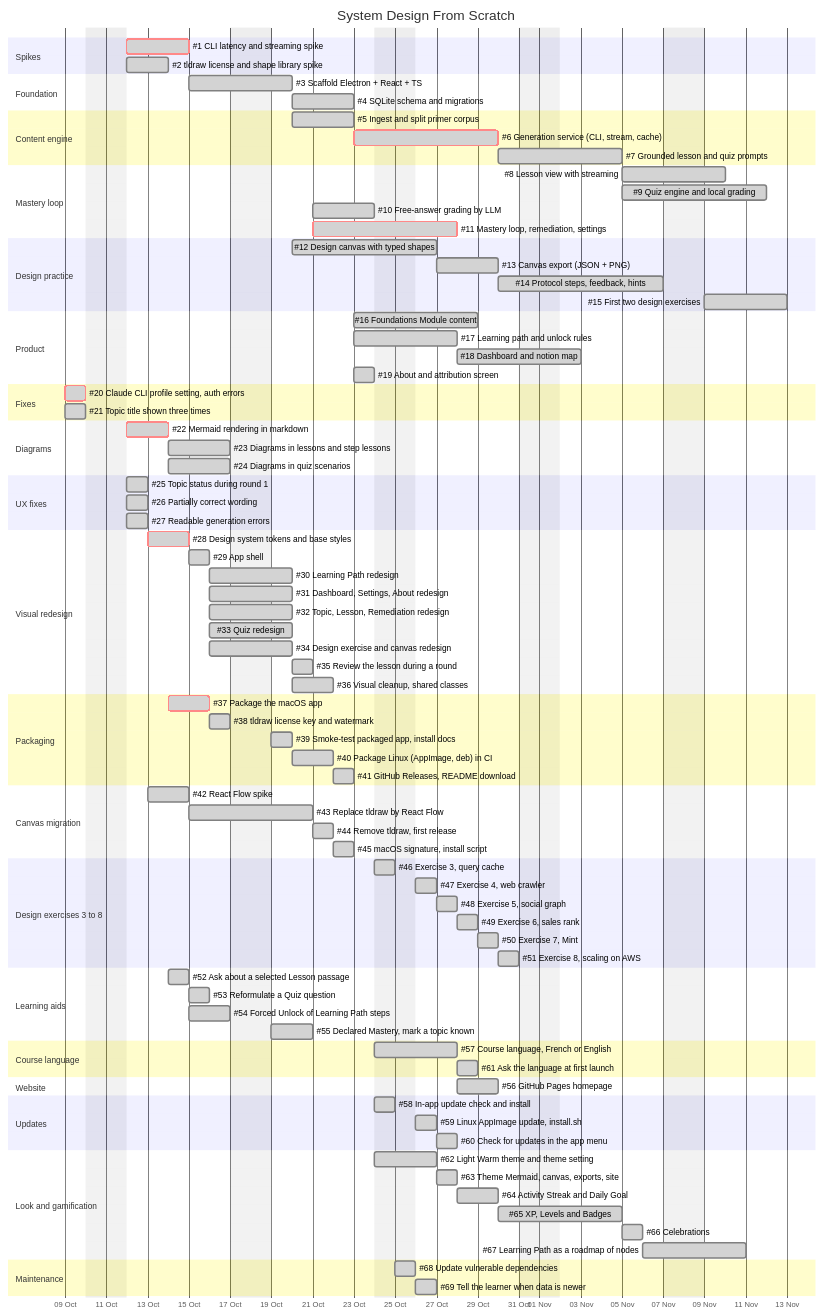
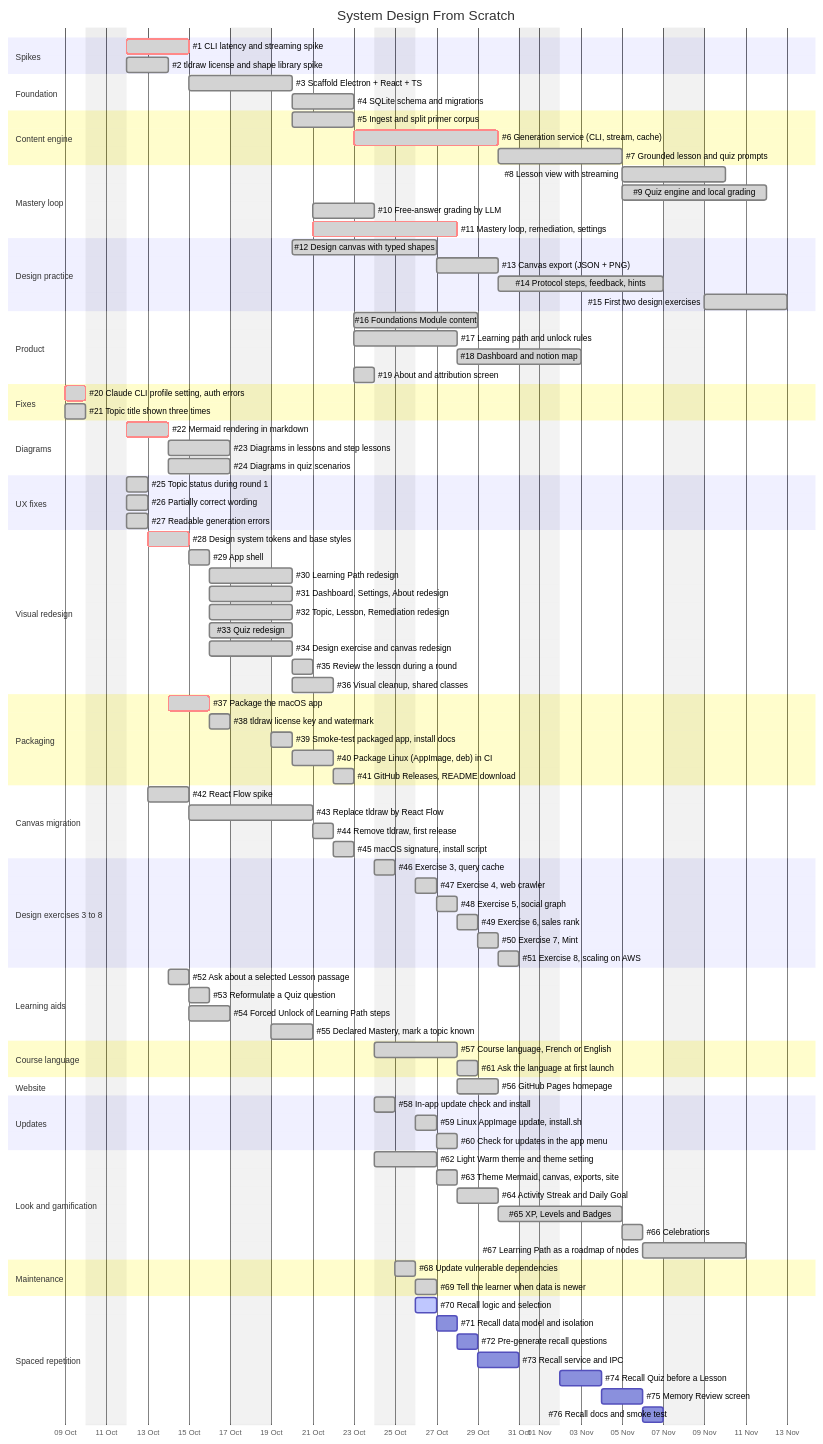
One commit to jbclaramonte/system-design-from-scratch changed the diagram in docs/ROADMAP.md. Above: the diagram before and after it, drawn with Mermaid. The commit also changed other lines of this file and 2 other files, not shown here.

Commit message:
docs: recall quiz design, plan and roadmap
Design and implementation plan for the Recall Quiz and the Memory Review
(spaced repetition), issues #70 to #76 in the roadmap.

Refs #70

````diff
--- a/docs/ROADMAP.md
+++ b/docs/ROADMAP.md
@@ -123,4 +123,13 @@
     section Maintenance
     #68 Update vulnerable dependencies        :done, dep1, 2026-10-25, 1d
     #69 Tell the learner when data is newer   :done, dep2, after dep1, 1d
+
+    section Spaced repetition
+    #70 Recall logic and selection            :active, r1, 2026-10-26, 1d
+    #71 Recall data model and isolation       :r2, after r1, 1d
+    #72 Pre-generate recall questions         :r3, after r2, 1d
+    #73 Recall service and IPC                :r4, after r3, 2d
+    #74 Recall Quiz before a Lesson           :r5, after r4, 2d
+    #75 Memory Review screen                  :r6, after r5, 2d
+    #76 Recall docs and smoke test            :r7, after r6, 1d
 ```
````
